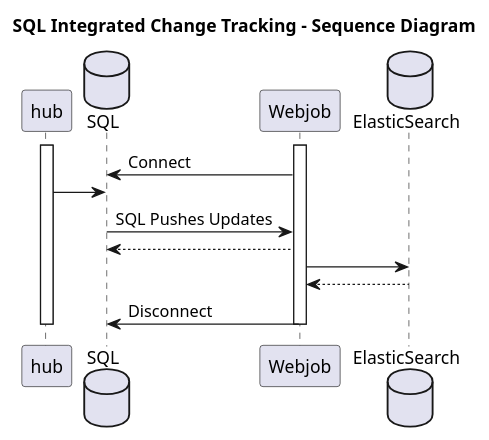
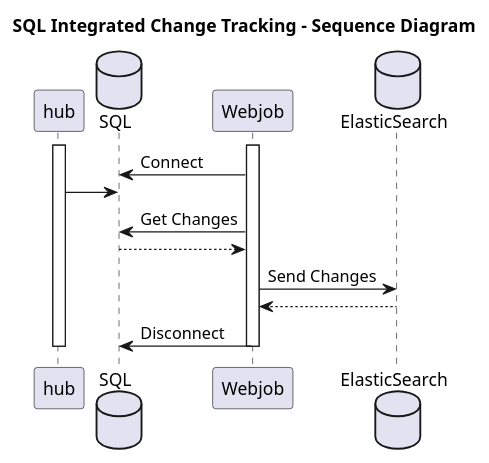
The diagram in assets/SQLIntegratedChangeTracking-Sequence.puml (Kf-GaryNewport/Kf-GaryNewport.github.io), drawn with PlantUML before and after one commit.

```diff
--- a/assets/SQLIntegratedChangeTracking-Sequence.puml
+++ b/assets/SQLIntegratedChangeTracking-Sequence.puml
@@ -1,22 +1,22 @@
 @startuml
 
 title "SQL Integrated Change Tracking - Sequence Diagram"
 
 activate hub
 actor hub
 Database  SQL
 activate Webjob
 Webjob -> SQL : Connect
 hub -> SQL
-SQL -> Webjob : SQL Pushes Updates
+Webjob -> SQL : Get Changes
 return
 Database ElasticSearch
-Webjob -> ElasticSearch
+Webjob -> ElasticSearch : Send Changes
 return
 
 Webjob -> SQL : Disconnect
 deactivate Webjob
 deactivate hub
 
 
 @enduml
```
